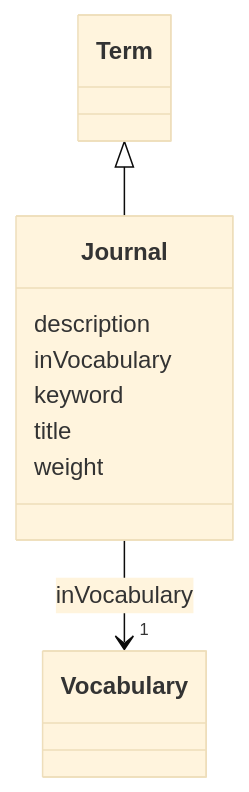
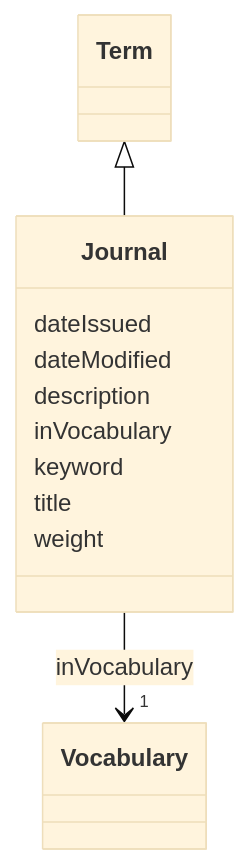
The diagram in models/docs/Journal.md (EVORA-project/evora-ontology), drawn with Mermaid (base theme) before and after one commit. The commit also changed other lines of this file and 377 other files, not shown here.

````diff
--- a/models/docs/Journal.md
+++ b/models/docs/Journal.md
@@ -19,26 +19,30 @@
 ```mermaid
  classDiagram
     class Journal
     click Journal href "../Journal"
       Term <|-- Journal
         click Term href "../Term"
       
+      Journal : dateIssued
+        
+      Journal : dateModified
+        
       Journal : description
         
       Journal : inVocabulary
         
           
     
     
     Journal --> "1" Vocabulary : inVocabulary
     click Vocabulary href "../Vocabulary"
 
         
       Journal : keyword
         
       Journal : title
         
       Journal : weight
         
       
 ```
````
